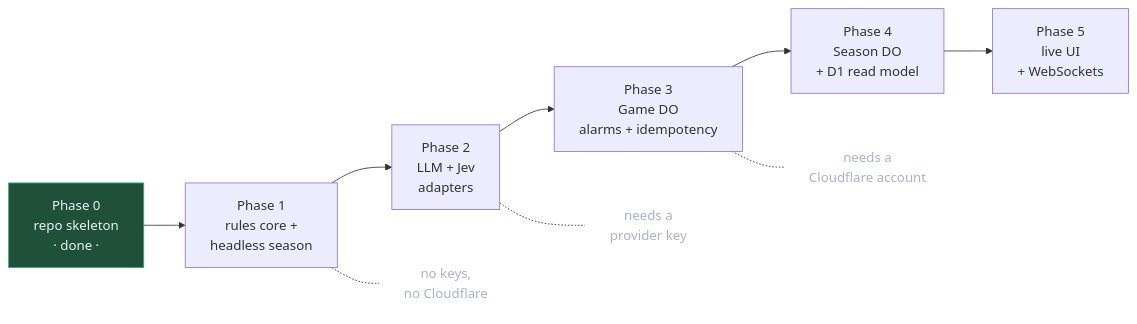
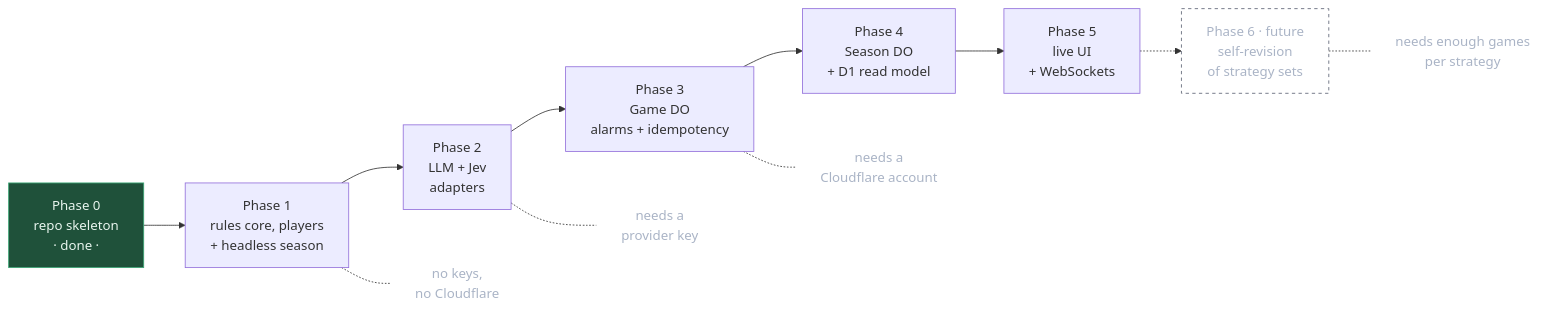
One commit to OriginalByteMe/system-one-chess-arena changed the second of 4 diagrams in PLAN.md. Above: the diagram before and after it, drawn with Mermaid. The commit also changed other lines of this file, not shown here.

````diff
--- a/PLAN.md
+++ b/PLAN.md
@@ -52,15 +116,19 @@
 ```mermaid
 flowchart LR
-  P0["Phase 0<br/>repo skeleton<br/>· done ·"] --> P1["Phase 1<br/>rules core +<br/>headless season"]
+  P0["Phase 0<br/>repo skeleton<br/>· done ·"] --> P1["Phase 1<br/>rules core, players<br/>+ headless season"]
   P1 --> P2["Phase 2<br/>LLM + Jev<br/>adapters"]
   P2 --> P3["Phase 3<br/>Game DO<br/>alarms + idempotency"]
   P3 --> P4["Phase 4<br/>Season DO<br/>+ D1 read model"]
   P4 --> P5["Phase 5<br/>live UI<br/>+ WebSockets"]
+  P5 -.-> P6["Phase 6 · future<br/>self-revision<br/>of strategy sets"]
   P1 -.- K1["no keys,<br/>no Cloudflare"]
   P2 -.- K2["needs a<br/>provider key"]
   P3 -.- K3["needs a<br/>Cloudflare account"]
+  P6 -.- K6["needs enough games<br/>per strategy"]
   classDef done fill:#1f513a,stroke:#3ba776,color:#e8f5ee
   classDef note fill:none,stroke:none,color:#aab4c6
+  classDef later fill:none,stroke:#5c6373,stroke-dasharray:4 4,color:#aab4c6
   class P0 done
-  class K1,K2,K3 note
+  class K1,K2,K3,K6 note
+  class P6 later
 ```
````
